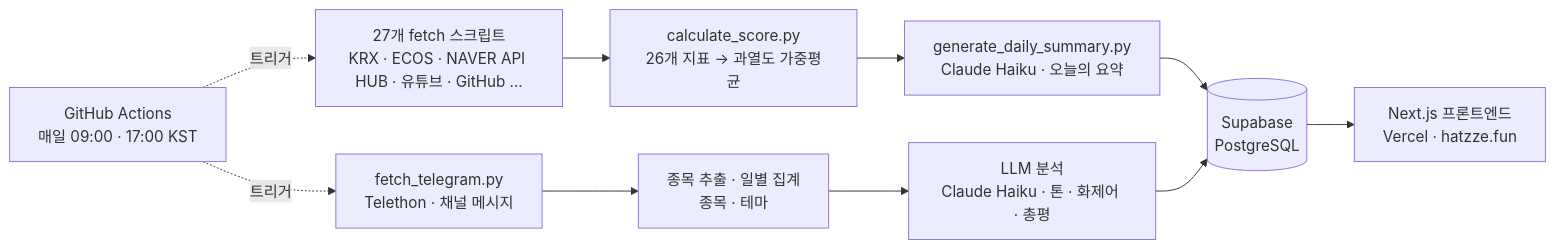
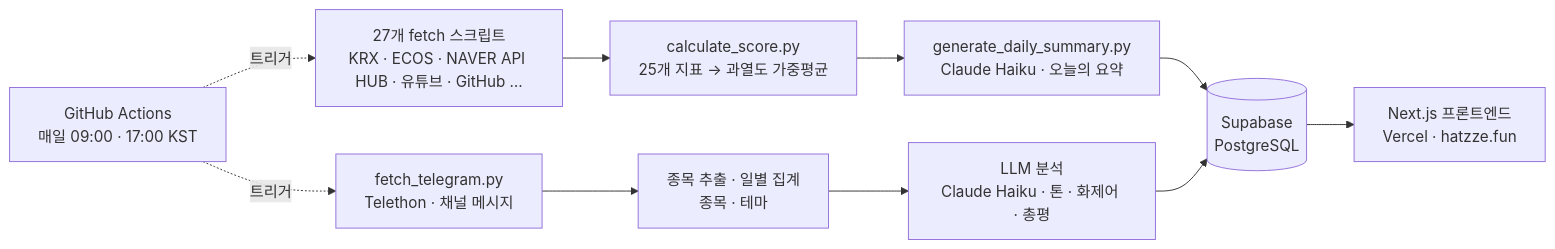
The diagram in README.md (drakedog-kr/hatzze), drawn with Mermaid before and after one commit. The commit also changed other lines of this file and 4 other files, not shown here.

````diff
--- a/README.md
+++ b/README.md
@@ -57,12 +57,12 @@
 ```mermaid
 flowchart LR
-    A["27개 fetch 스크립트<br/>KRX · ECOS · NAVER API HUB · 유튜브 · GitHub …"] --> B["calculate_score.py<br/>26개 지표 → 과열도 가중평균"]
+    A["27개 fetch 스크립트<br/>KRX · ECOS · NAVER API HUB · 유튜브 · GitHub …"] --> B["calculate_score.py<br/>25개 지표 → 과열도 가중평균"]
     B --> C["generate_daily_summary.py<br/>Claude Haiku · 오늘의 요약"]
     C --> D[("Supabase<br/>PostgreSQL")]
     T1["fetch_telegram.py<br/>Telethon · 채널 메시지"] --> T2["종목 추출 · 일별 집계<br/>종목 · 테마"]
     T2 --> T3["LLM 분석<br/>Claude Haiku · 톤 · 화제어 · 총평"]
     T3 --> D
     D --> E["Next.js 프론트엔드<br/>Vercel · hatzze.fun"]
     G["GitHub Actions<br/>매일 09:00 · 17:00 KST"] -.->|트리거| A
     G -.->|트리거| T1
 ```
````
